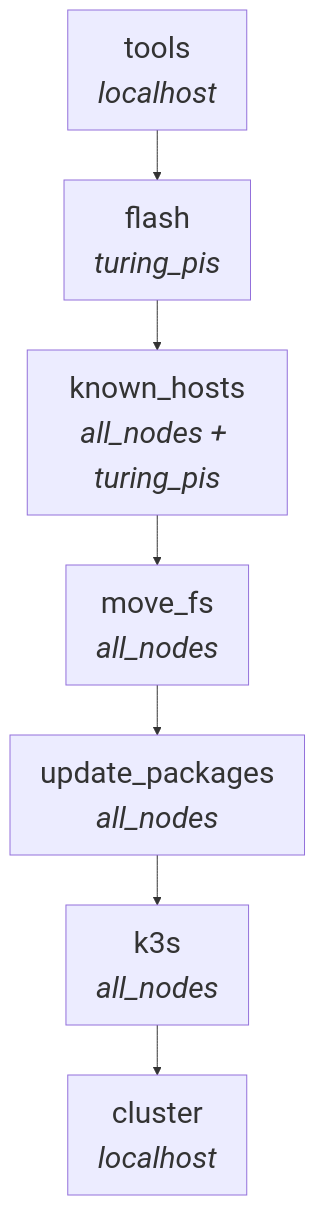
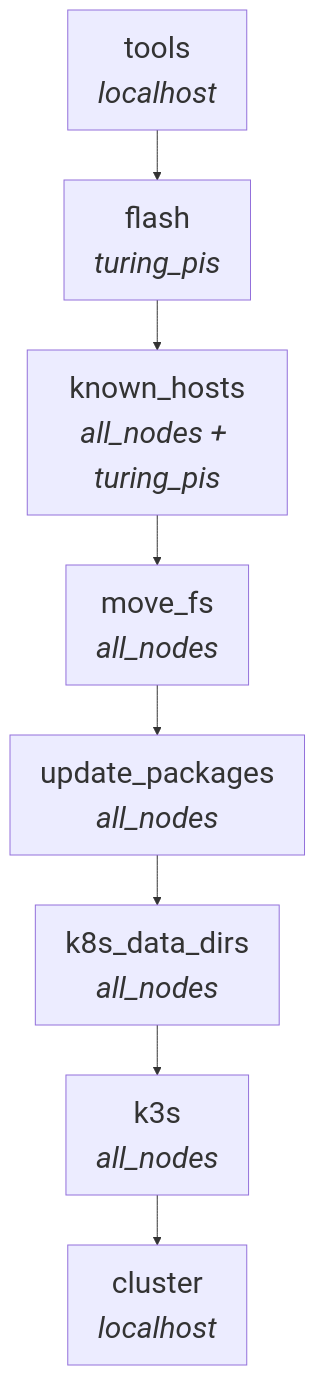
One commit to gilesknap/tpi-k3s-ansible changed the diagram in docs/explanations/ansible-roles.md. Above: the diagram before and after it, drawn with Mermaid. The commit also changed other lines of this file and 26 other files, not shown here.

````diff
--- a/docs/explanations/ansible-roles.md
+++ b/docs/explanations/ansible-roles.md
@@ -8,10 +8,11 @@
 ```mermaid
 %%{init: {'themeVariables': {'fontSize': '30px'}, 'flowchart': {'useMaxWidth': false}}}%%
 flowchart TD
     T["tools<br/><i>localhost</i>"] --> F["flash<br/><i>turing_pis</i>"]
     F --> KH["known_hosts<br/><i>all_nodes + turing_pis</i>"]
     KH --> MF["move_fs<br/><i>all_nodes</i>"]
     MF --> UP["update_packages<br/><i>all_nodes</i>"]
-    UP --> K["k3s<br/><i>all_nodes</i>"]
+    UP --> DD["k8s_data_dirs<br/><i>all_nodes</i>"]
+    DD --> K["k3s<br/><i>all_nodes</i>"]
     K --> C["cluster<br/><i>localhost</i>"]
 ```
````
